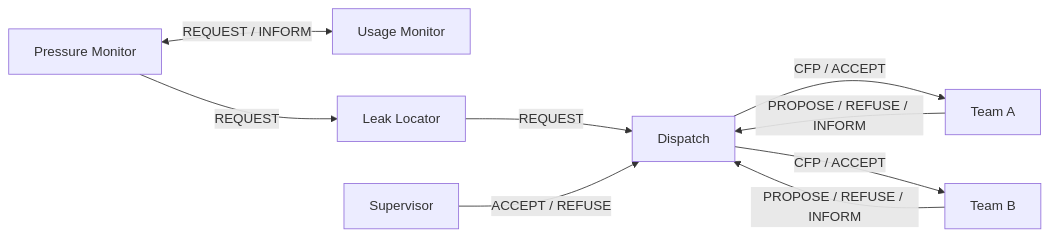
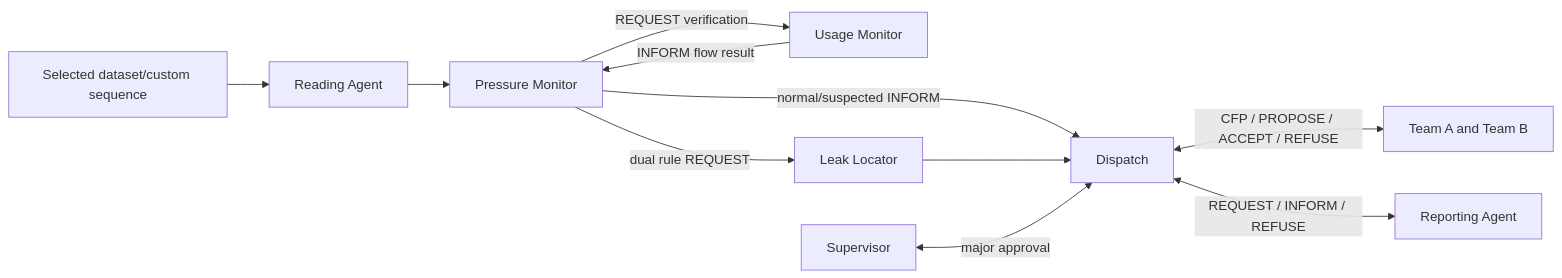
The diagram in docs/model_design.md (itsglowdan/Raqeeb), drawn with Mermaid before and after one commit. The commit also changed other lines of this file and 38 other files, not shown here.

````diff
--- a/docs/model_design.md
+++ b/docs/model_design.md
@@ -7,11 +7,13 @@
 ```mermaid
 flowchart LR
-    P[Pressure Monitor] <-->|REQUEST / INFORM| U[Usage Monitor]
-    P -->|REQUEST| L[Leak Locator]
-    L -->|REQUEST| D[Dispatch]
-    S[Supervisor] -->|ACCEPT / REFUSE| D
-    D -->|CFP / ACCEPT| A[Team A]
-    D -->|CFP / ACCEPT| B[Team B]
-    A -->|PROPOSE / REFUSE / INFORM| D
-    B -->|PROPOSE / REFUSE / INFORM| D
+ E[Selected dataset/custom sequence] --> R[Reading Agent]
+ R --> P[Pressure Monitor]
+ P -->|REQUEST verification| U[Usage Monitor]
+ U -->|INFORM flow result| P
+ P -->|dual rule REQUEST| L[Leak Locator]
+ P -->|normal/suspected INFORM| D[Dispatch]
+ L --> D
+ S[Supervisor] <-->|major approval| D
+ D <-->|CFP / PROPOSE / ACCEPT / REFUSE| T[Team A and Team B]
+ D <-->|REQUEST / INFORM / REFUSE| A[Reporting Agent]
 ```
````
